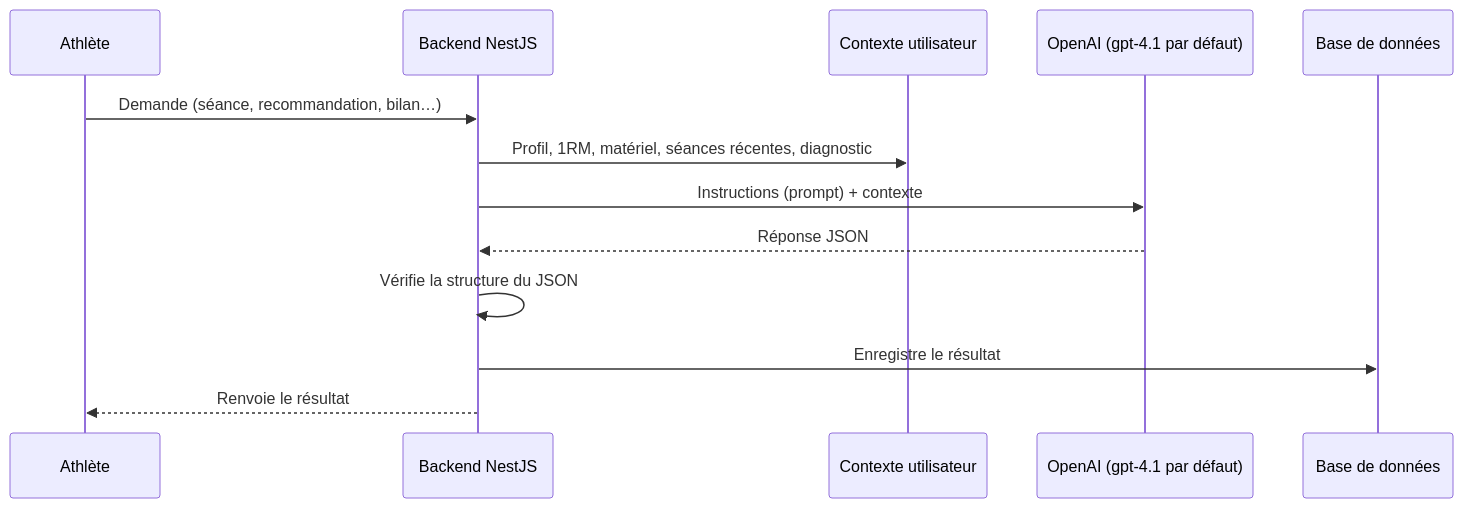
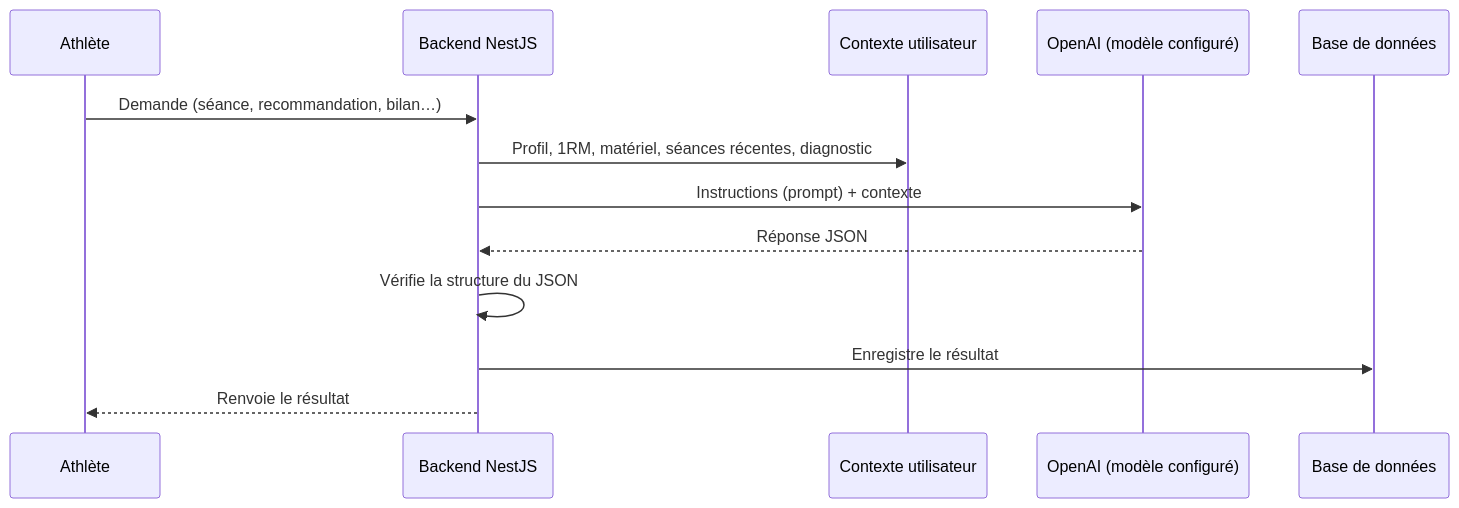
The diagram in docs/generation-ia.md (Dawie33/training-camp), drawn with Mermaid before and after one commit. The commit also changed other lines of this file and 6 other files, not shown here.

````diff
--- a/docs/generation-ia.md
+++ b/docs/generation-ia.md
@@ -17,16 +17,16 @@
 ```mermaid
 sequenceDiagram
     participant U as Athlète
     participant B as Backend NestJS
     participant C as Contexte utilisateur
-    participant IA as OpenAI (gpt-4.1 par défaut)
+    participant IA as OpenAI (modèle configuré)
     participant D as Base de données
 
     U->>B: Demande (séance, recommandation, bilan…)
     B->>C: Profil, 1RM, matériel, séances récentes, diagnostic
     B->>IA: Instructions (prompt) + contexte
     IA-->>B: Réponse JSON
     B->>B: Vérifie la structure du JSON
     B->>D: Enregistre le résultat
     B-->>U: Renvoie le résultat
 ```
````
